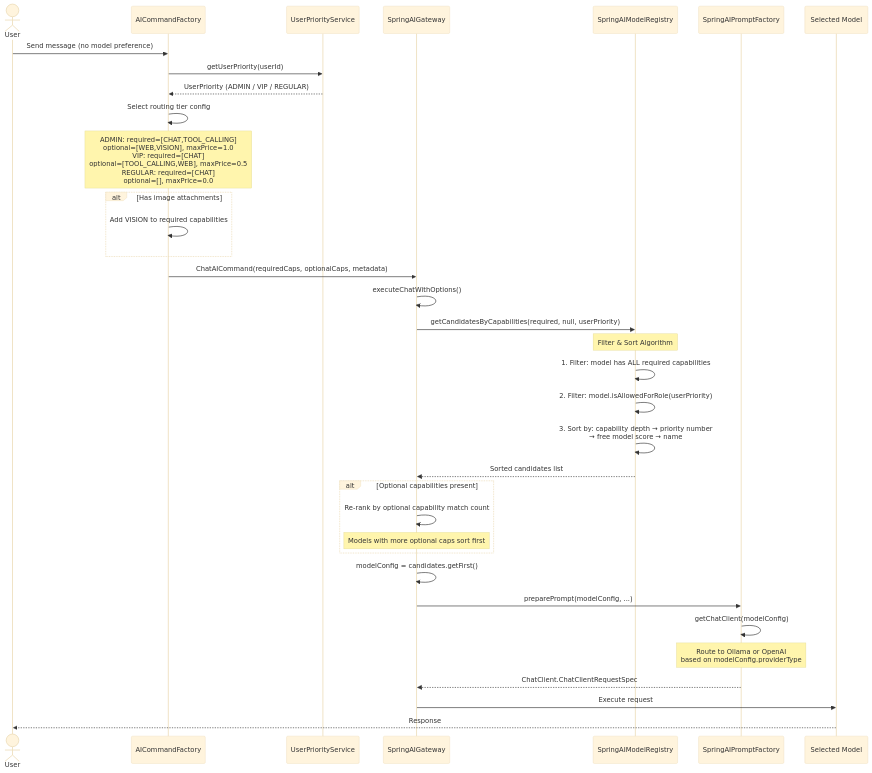
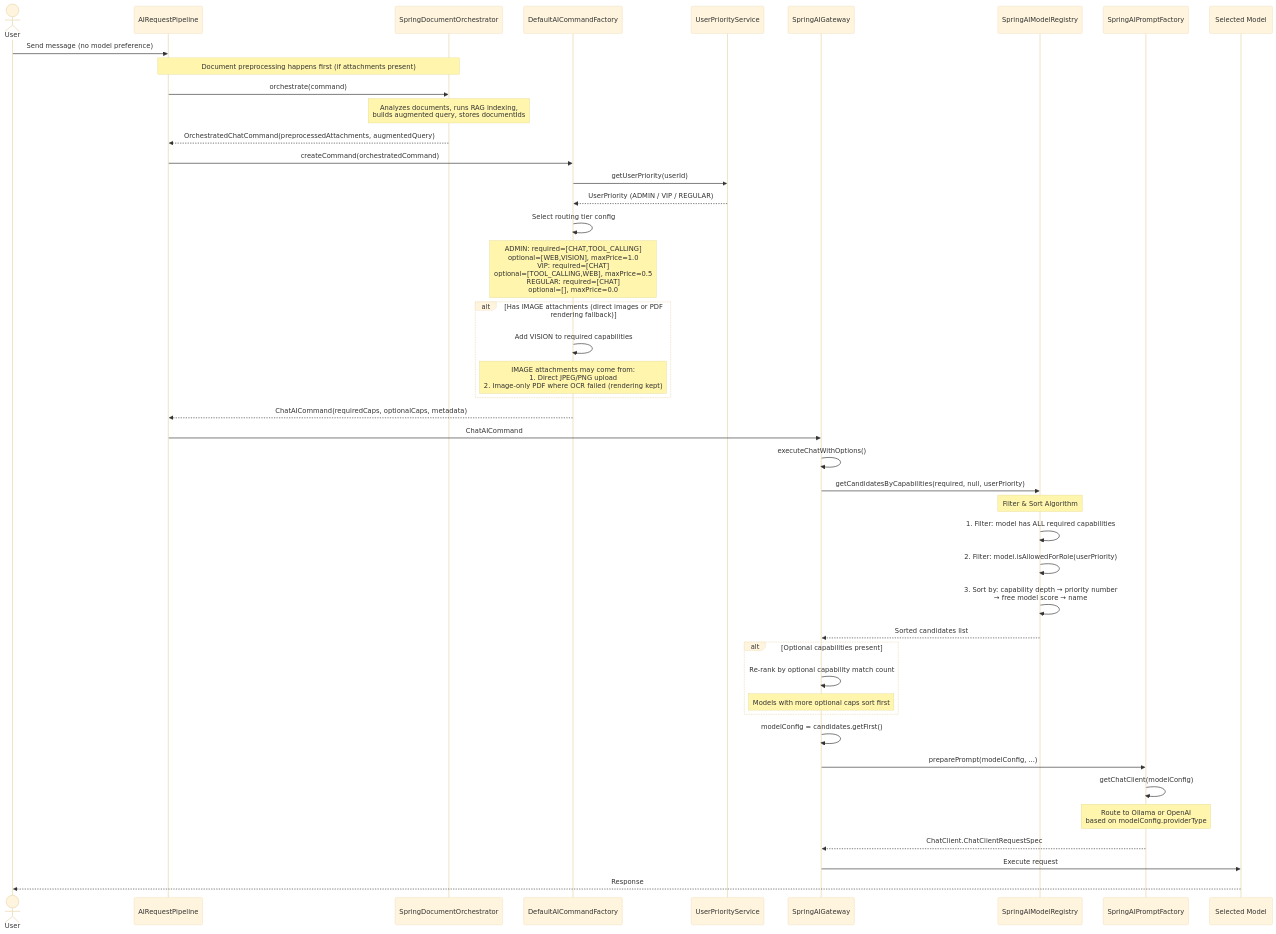
Before and after one commit to NGirchev/open-daimon: the first of 7 diagrams in docs/usecases/auto-mode-model-selection.md, drawn with Mermaid (base theme). The commit also changed other lines of this file and 13 other files, not shown here.

````diff
--- a/docs/usecases/auto-mode-model-selection.md
+++ b/docs/usecases/auto-mode-model-selection.md
@@ -11,49 +11,59 @@
 ```mermaid
 sequenceDiagram
     actor User
-    participant CF as AICommandFactory
+    participant PL as AIRequestPipeline
+    participant OR as SpringDocumentOrchestrator
+    participant CF as DefaultAICommandFactory
     participant PS as UserPriorityService
     participant GW as SpringAIGateway
     participant Reg as SpringAIModelRegistry
     participant PF as SpringAIPromptFactory
     participant LLM as Selected Model
 
-    User->>CF: Send message (no model preference)
+    User->>PL: Send message (no model preference)
 
+    Note over PL,OR: Document preprocessing happens first (if attachments present)
+    PL->>OR: orchestrate(command)
+    Note over OR: Analyzes documents, runs RAG indexing,<br/>builds augmented query, stores documentIds
+    OR-->>PL: OrchestratedChatCommand(preprocessedAttachments, augmentedQuery)
+
+    PL->>CF: createCommand(orchestratedCommand)
     CF->>PS: getUserPriority(userId)
     PS-->>CF: UserPriority (ADMIN / VIP / REGULAR)
 
     CF->>CF: Select routing tier config
     Note over CF: ADMIN: required=[CHAT,TOOL_CALLING]<br/>optional=[WEB,VISION], maxPrice=1.0<br/>VIP: required=[CHAT]<br/>optional=[TOOL_CALLING,WEB], maxPrice=0.5<br/>REGULAR: required=[CHAT]<br/>optional=[], maxPrice=0.0
 
-    alt Has image attachments
+    alt Has IMAGE attachments (direct images or PDF rendering fallback)
         CF->>CF: Add VISION to required capabilities
+        Note over CF: IMAGE attachments may come from:<br/>1. Direct JPEG/PNG upload<br/>2. Image-only PDF where OCR failed (rendering kept)
     end
 
-    CF->>GW: ChatAICommand(requiredCaps, optionalCaps, metadata)
+    CF-->>PL: ChatAICommand(requiredCaps, optionalCaps, metadata)
+    PL->>GW: ChatAICommand
 
     GW->>GW: executeChatWithOptions()
     GW->>Reg: getCandidatesByCapabilities(required, null, userPriority)
 
     Note over Reg: Filter & Sort Algorithm
 
     Reg->>Reg: 1. Filter: model has ALL required capabilities
     Reg->>Reg: 2. Filter: model.isAllowedForRole(userPriority)
     Reg->>Reg: 3. Sort by: capability depth → priority number<br/>→ free model score → name
     Reg-->>GW: Sorted candidates list
 
     alt Optional capabilities present
         GW->>GW: Re-rank by optional capability match count
         Note over GW: Models with more optional caps sort first
     end
 
     GW->>GW: modelConfig = candidates.getFirst()
 
     GW->>PF: preparePrompt(modelConfig, ...)
     PF->>PF: getChatClient(modelConfig)
     Note over PF: Route to Ollama or OpenAI<br/>based on modelConfig.providerType
 
     PF-->>GW: ChatClient.ChatClientRequestSpec
     GW->>LLM: Execute request
     LLM-->>User: Response
 ```
````
